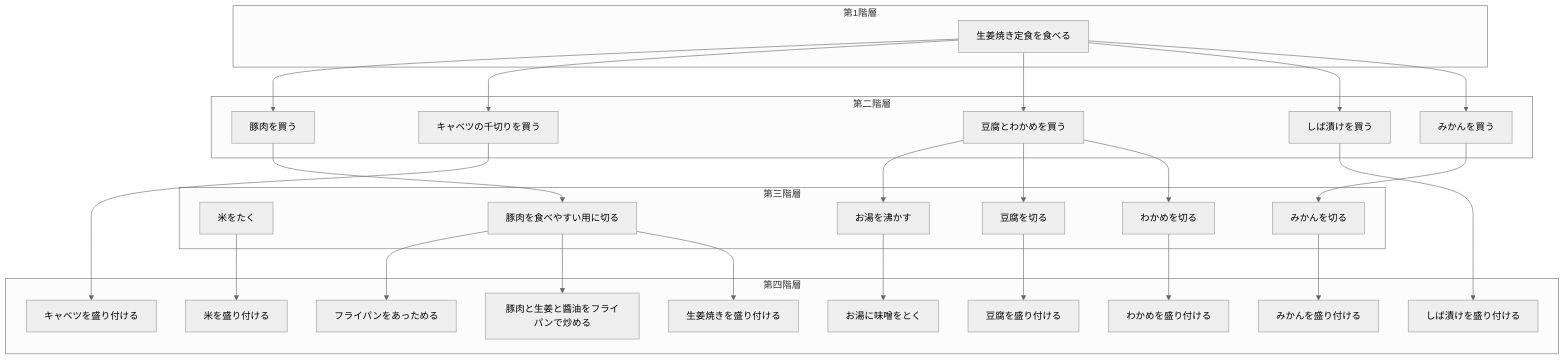
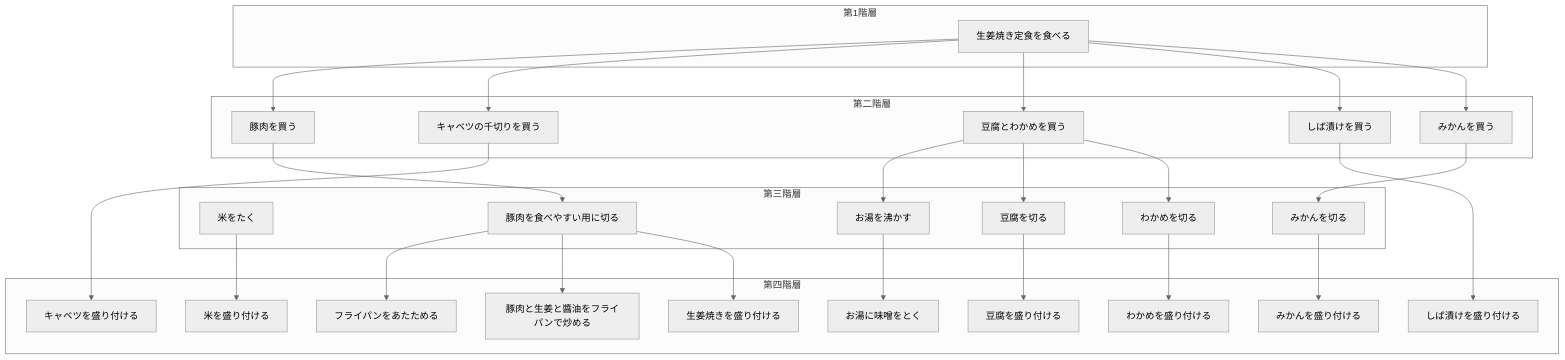
One commit to Raiki215/syougayaki changed the diagram in WBS_1-5_wbs.md. Above: the diagram before and after it, drawn with Mermaid (neutral theme). The commit also changed 1 other file, not shown here.

Commit message:
izonとwbs修正

````diff
--- a/WBS_1-5_wbs.md
+++ b/WBS_1-5_wbs.md
@@ -1,53 +1,53 @@
 ```mermaid
 flowchart TD
     subgraph "第1階層"
     id1["生姜焼き定食を食べる"]
     end
     subgraph "第二階層"
     id2["豚肉を買う"]
     id3["キャベツの千切りを買う"]
     id4["豆腐とわかめを買う"]
     id5["しば漬けを買う"]
     id6["みかんを買う"]
     end
     subgraph "第三階層"
     id7["米をたく"]
     id8["豚肉を食べやすい用に切る"]
     id9["お湯を沸かす"]
     id10["豆腐を切る"]
     id11["わかめを切る"]
     id12["みかんを切る"]
     end
     subgraph "第四階層"
-    id13["フライパンをあっためる"]
+    id13["フライパンをあたためる"]
     m0["米を盛り付ける"]
     id14["豚肉と生姜と醬油をフライパンで炒める"]
     i15["生姜焼きを盛り付ける"]
     m1["キャベツを盛り付ける"]
     id15["お湯に味噌をとく"]
     id16["豆腐を盛り付ける"]
     id17["わかめを盛り付ける"]
     m2["しば漬けを盛り付ける"]
     m3["みかんを盛り付ける"]
     end
     id1 --> id2
     id1 --> id3
     id1 --> id4
     id1 --> id5
     id1 --> id6
     id2 --> id8
     id4 --> id9
     id4 --> id10
     id4 --> id11
     id6 --> id12
     id9 --> id15
     id10 --> id16
     id11 --> id17
     id3 --> m1
     id5 --> m2
     id12 --> m3
     id7 --> m0
     id8-->id13
     id8 --> id14
     id8-->i15
 ```
````
